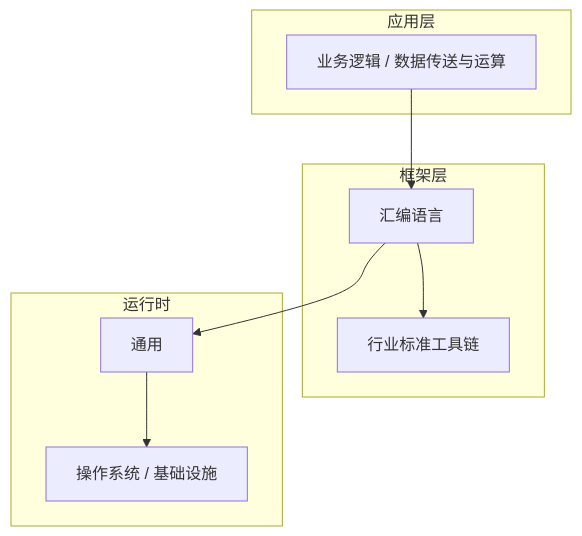
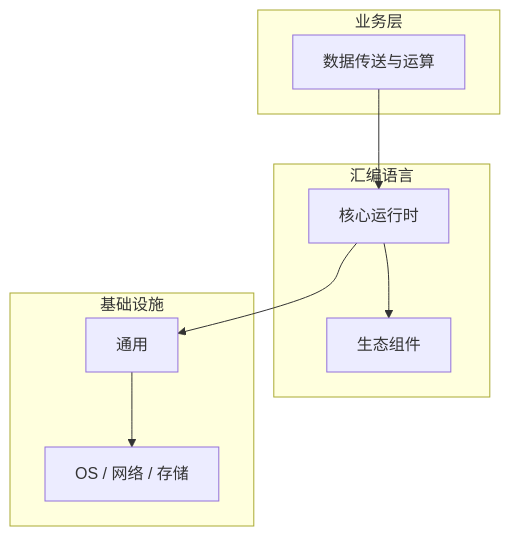
Before and after one commit to yanggan2015/knowledge-json-v2: the diagram in articles/汇编语言/chapters/009-数据传送与运算核心概念与原理.md, drawn with Mermaid. The commit also changed other lines of this file and 10127 other files, not shown here.

````diff
--- a/articles/汇编语言/chapters/009-数据传送与运算核心概念与原理.md
+++ b/articles/汇编语言/chapters/009-数据传送与运算核心概念与原理.md
@@ -45,18 +34,18 @@
 ```mermaid
 graph TB
-    subgraph 应用层
-        A[业务逻辑 / 数据传送与运算]
+    subgraph 业务层
+        A[数据传送与运算]
     end
-    subgraph 框架层
-        B[汇编语言]
-        C[行业标准工具链]
+    subgraph 汇编语言
+        B[核心运行时]
+        C[生态组件]
     end
-    subgraph 运行时
+    subgraph 基础设施
         D[通用]
-        E[操作系统 / 基础设施]
+        E[OS / 网络 / 存储]
     end
     A --> B
     B --> C
     B --> D
     D --> E
 ```
````
